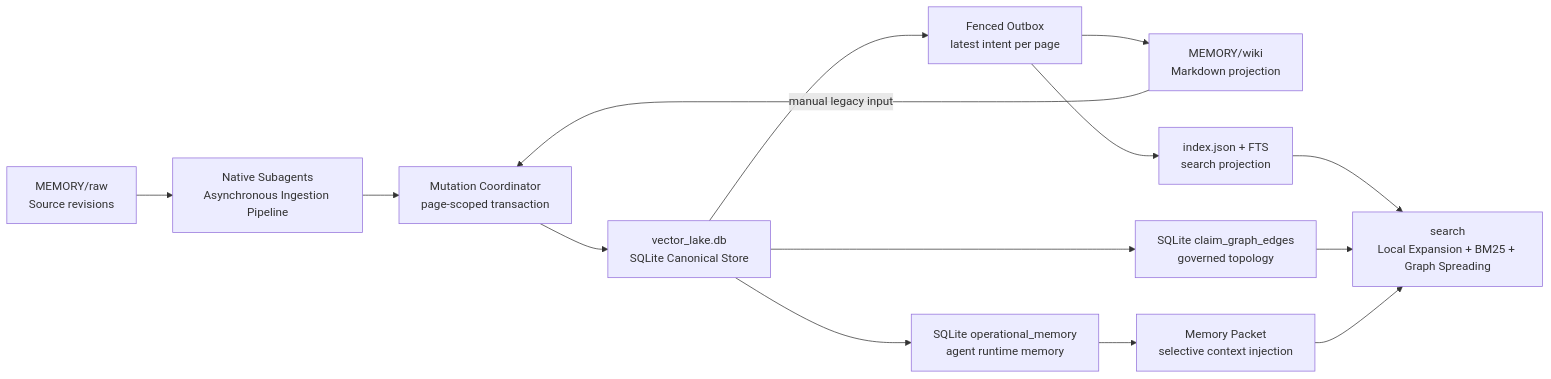
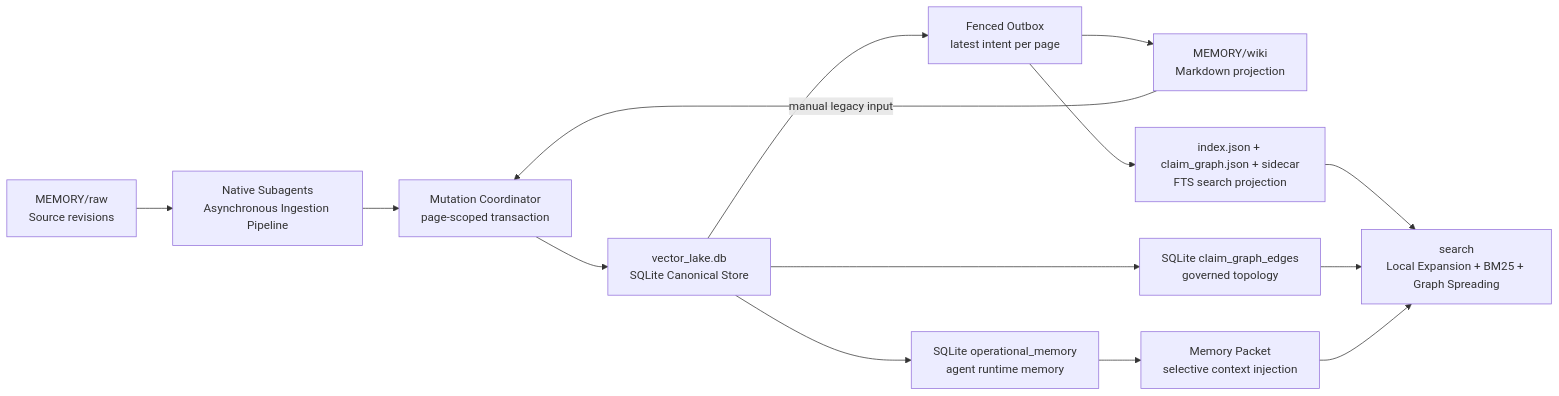
Before and after one commit to shawnshi/vector-lake: the diagram in README.md, drawn with Mermaid. The commit also changed other lines of this file and 62 other files, not shown here.

````diff
--- a/README.md
+++ b/README.md
@@ -17,16 +17,16 @@
 ```mermaid
 graph LR
     RAW["MEMORY/raw<br>Source revisions"] --> INGEST["Native Subagents<br>Asynchronous Ingestion Pipeline"]
     INGEST --> MUTATION["Mutation Coordinator<br>page-scoped transaction"]
     WIKI["MEMORY/wiki<br>Markdown projection"] -->|manual legacy input| MUTATION
     MUTATION --> META["vector_lake.db<br>SQLite Canonical Store"]
     META --> OUTBOX["Fenced Outbox<br>latest intent per page"]
     OUTBOX --> WIKI
-    OUTBOX --> INDEX["index.json + FTS<br>search projection"]
+    OUTBOX --> INDEX["index.json + claim_graph.json + sidecar<br>FTS search projection"]
     META --> CLAIM["SQLite claim_graph_edges<br>governed topology"]
     META --> MEMORY["SQLite operational_memory<br>agent runtime memory"]
     MEMORY --> PACKET["Memory Packet<br>selective context injection"]
     INDEX --> QUERY["search<br>Local Expansion + BM25 + Graph Spreading"]
     CLAIM --> QUERY
     PACKET --> QUERY
 ```
````
